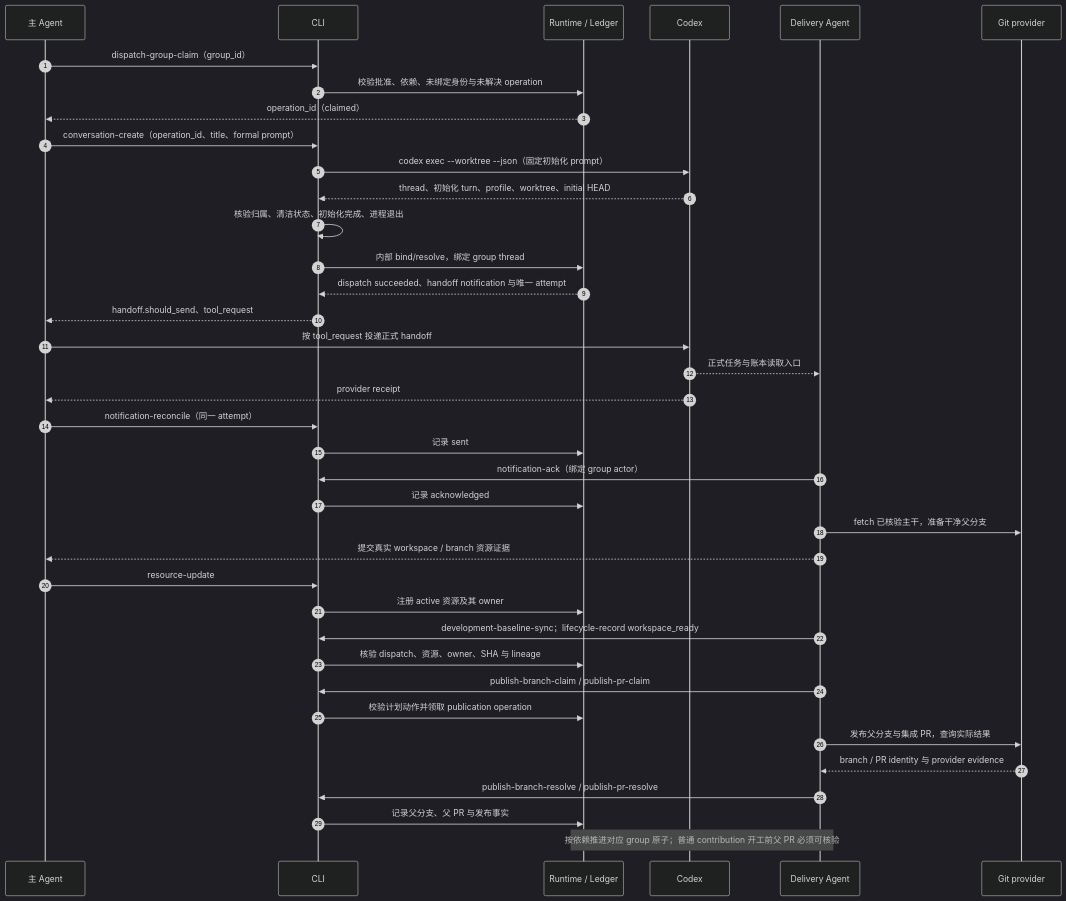
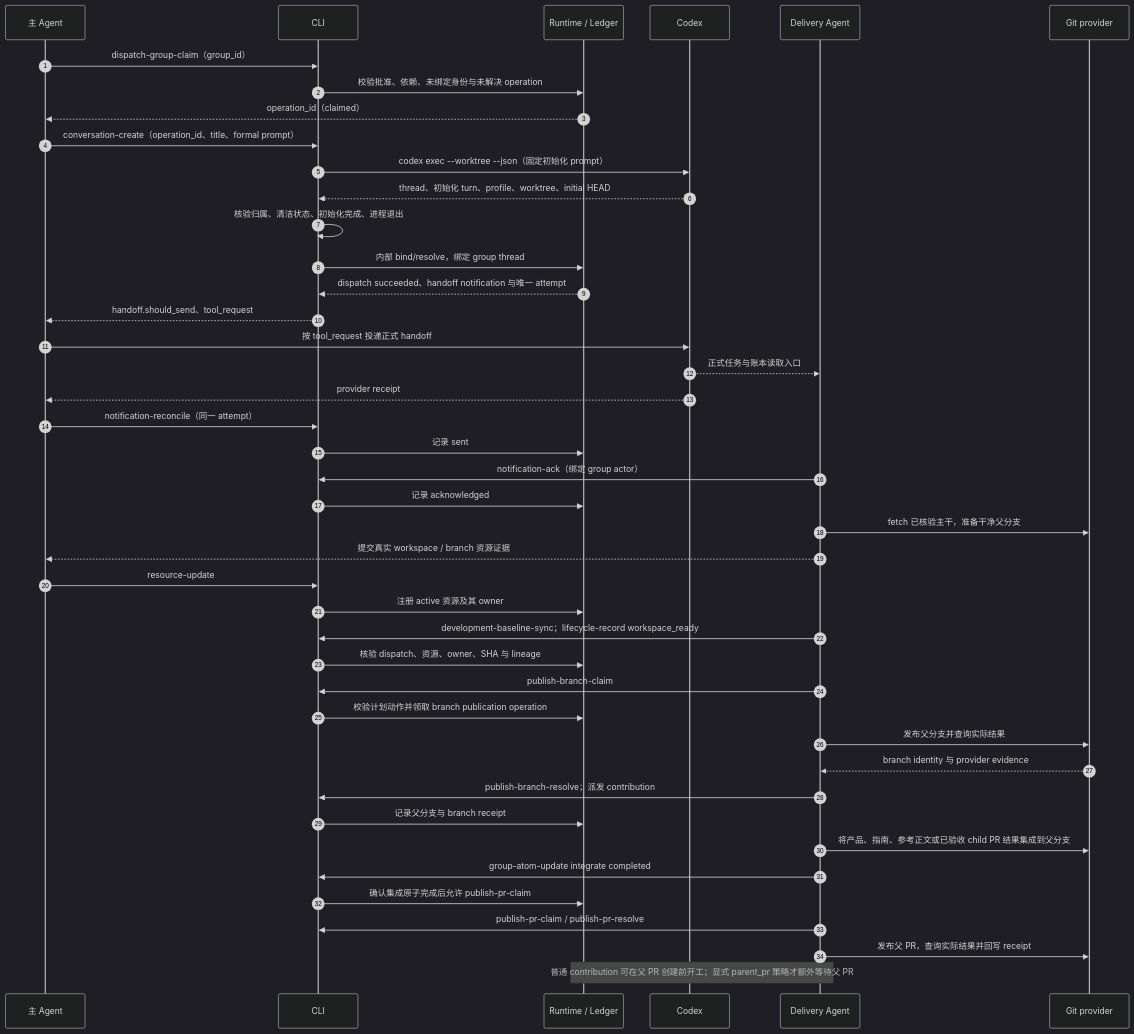
One commit to IvanLi-CN/Loomhelm changed the second of 13 diagrams in docs/specs/multi-task-flow-unified-atomic-orchestration/AGENT_INTERACTIONS.md. Above: the diagram before and after it, drawn with Mermaid (dark theme). The commit also changed other lines of this file and 37 other files, not shown here.

First line of the commit message:
fix(multi-task-flow): order integration before parent PR (#331)

````diff
--- a/docs/specs/multi-task-flow-unified-atomic-orchestration/AGENT_INTERACTIONS.md
+++ b/docs/specs/multi-task-flow-unified-atomic-orchestration/AGENT_INTERACTIONS.md
@@ -101,40 +101,45 @@
 ```mermaid
 sequenceDiagram
     autonumber
     participant M as 主 Agent
     participant C as CLI
     participant L as Runtime / Ledger
     participant X as Codex
     participant D as Delivery Agent
     participant P as Git provider
     M->>C: dispatch-group-claim（group_id）
     C->>L: 校验批准、依赖、未绑定身份与未解决 operation
     L-->>M: operation_id（claimed）
     M->>C: conversation-create（operation_id、title、formal prompt）
     C->>X: codex exec --worktree --json（固定初始化 prompt）
     X-->>C: thread、初始化 turn、profile、worktree、initial HEAD
     C->>C: 核验归属、清洁状态、初始化完成、进程退出
     C->>L: 内部 bind/resolve，绑定 group thread
     L-->>C: dispatch succeeded、handoff notification 与唯一 attempt
     C-->>M: handoff.should_send、tool_request
     M->>X: 按 tool_request 投递正式 handoff
     X-->>D: 正式任务与账本读取入口
     X-->>M: provider receipt
     M->>C: notification-reconcile（同一 attempt）
     C->>L: 记录 sent
     D->>C: notification-ack（绑定 group actor）
     C->>L: 记录 acknowledged
     D->>P: fetch 已核验主干，准备干净父分支
     D-->>M: 提交真实 workspace / branch 资源证据
     M->>C: resource-update
     C->>L: 注册 active 资源及其 owner
     D->>C: development-baseline-sync；lifecycle-record workspace_ready
     C->>L: 核验 dispatch、资源、owner、SHA 与 lineage
-    D->>C: publish-branch-claim / publish-pr-claim
-    C->>L: 校验计划动作并领取 publication operation
-    D->>P: 发布父分支与集成 PR，查询实际结果
-    P-->>D: branch / PR identity 与 provider evidence
-    D->>C: publish-branch-resolve / publish-pr-resolve
-    C->>L: 记录父分支、父 PR 与发布事实
-    Note over D,L: 按依赖推进对应 group 原子；普通 contribution 开工前父 PR 必须可核验
+    D->>C: publish-branch-claim
+    C->>L: 校验计划动作并领取 branch publication operation
+    D->>P: 发布父分支并查询实际结果
+    P-->>D: branch identity 与 provider evidence
+    D->>C: publish-branch-resolve；派发 contribution
+    C->>L: 记录父分支与 branch receipt
+    D->>P: 将产品、指南、参考正文或已验收 child PR 结果集成到父分支
+    D->>C: group-atom-update integrate completed
+    C->>L: 确认集成原子完成后允许 publish-pr-claim
+    D->>C: publish-pr-claim / publish-pr-resolve
+    D->>P: 发布父 PR，查询实际结果并回写 receipt
+    Note over D,L: 普通 contribution 可在父 PR 创建前开工；显式 parent_pr 策略才额外等待父 PR
 ```
````
